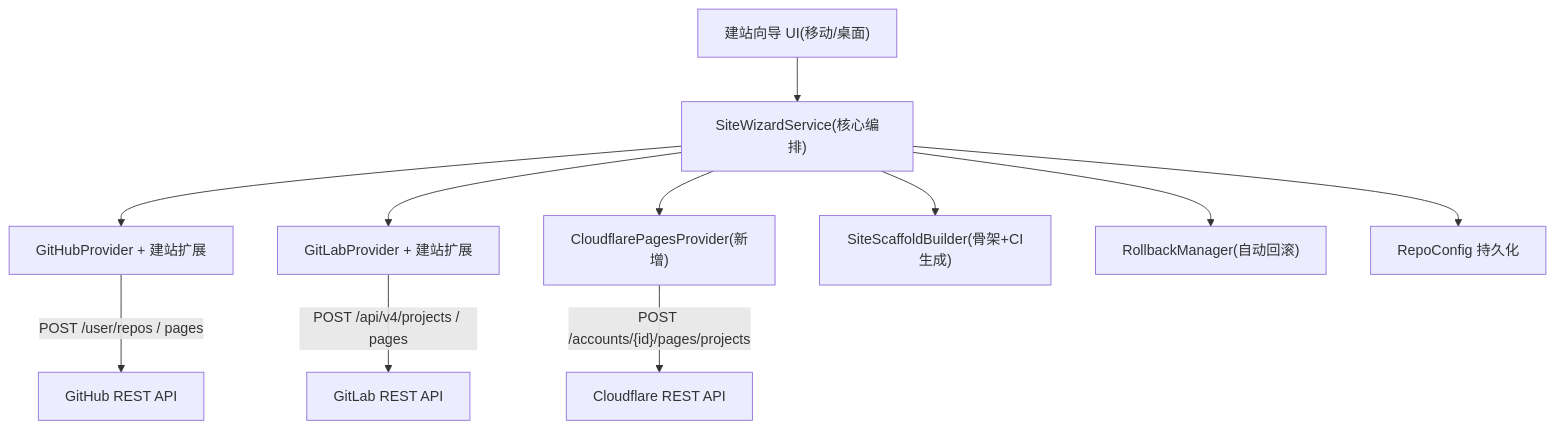
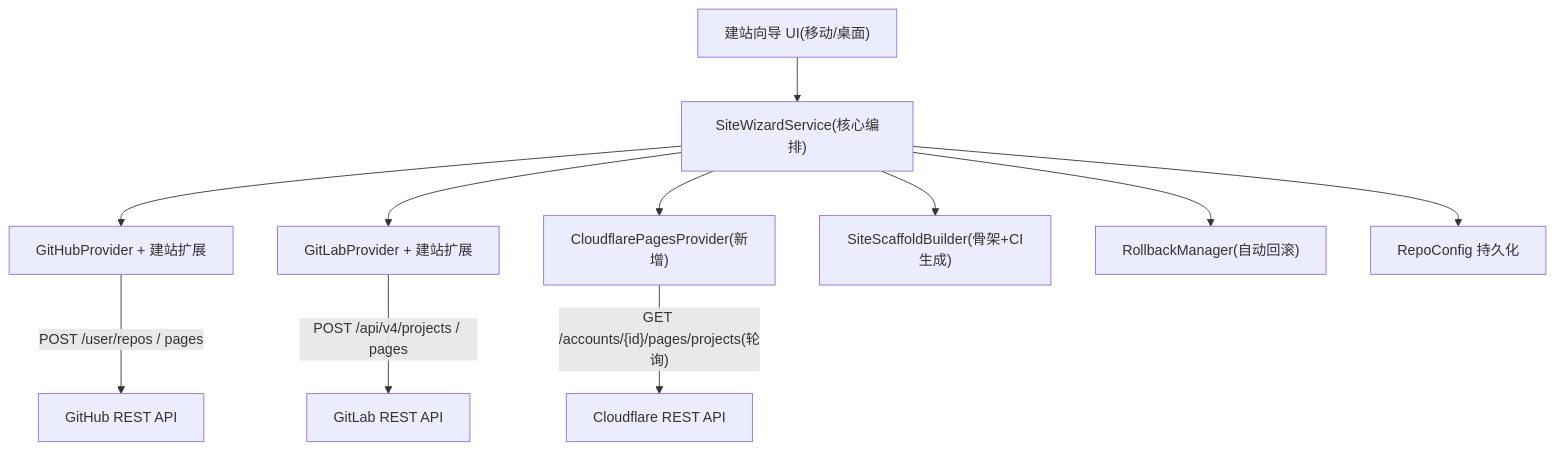
One commit to caogenfunan123/hexo changed the diagram in .monkeycode/specs/one-click-site-wizard/design.md. Above: the diagram before and after it, drawn with Mermaid. The commit also changed other lines of this file and 1 other file, not shown here.

Commit message:
docs: 补齐 CI 按框架类型生成/仓库名校验/免费账号判定/Deploy Hook 拉取失败处理，修正架构图端点 Co-authored-by: monkeycode-ai <monkeycode-ai@chaitin.com>

````diff
--- a/.monkeycode/specs/one-click-site-wizard/design.md
+++ b/.monkeycode/specs/one-click-site-wizard/design.md
@@ -23,22 +23,22 @@
 ```mermaid
 graph TD
     W["建站向导 UI(移动/桌面)"]
     S["SiteWizardService(核心编排)"]
     GH["GitHubProvider + 建站扩展"]
     GL["GitLabProvider + 建站扩展"]
     CF["CloudflarePagesProvider(新增)"]
     SK["SiteScaffoldBuilder(骨架+CI生成)"]
     RB["RollbackManager(自动回滚)"]
     ST["RepoConfig 持久化"]
 
     W --> S
     S --> GH
     S --> GL
     S --> CF
     S --> SK
     S --> RB
     S --> ST
     GH -->|"POST /user/repos / pages"| GHAPI["GitHub REST API"]
     GL -->|"POST /api/v4/projects / pages"| GLAPI["GitLab REST API"]
-    CF -->|"POST /accounts/{id}/pages/projects"| CFAPI["Cloudflare REST API"]
+    CF -->|"GET /accounts/{id}/pages/projects(轮询)"| CFAPI["Cloudflare REST API"]
 ```
````
